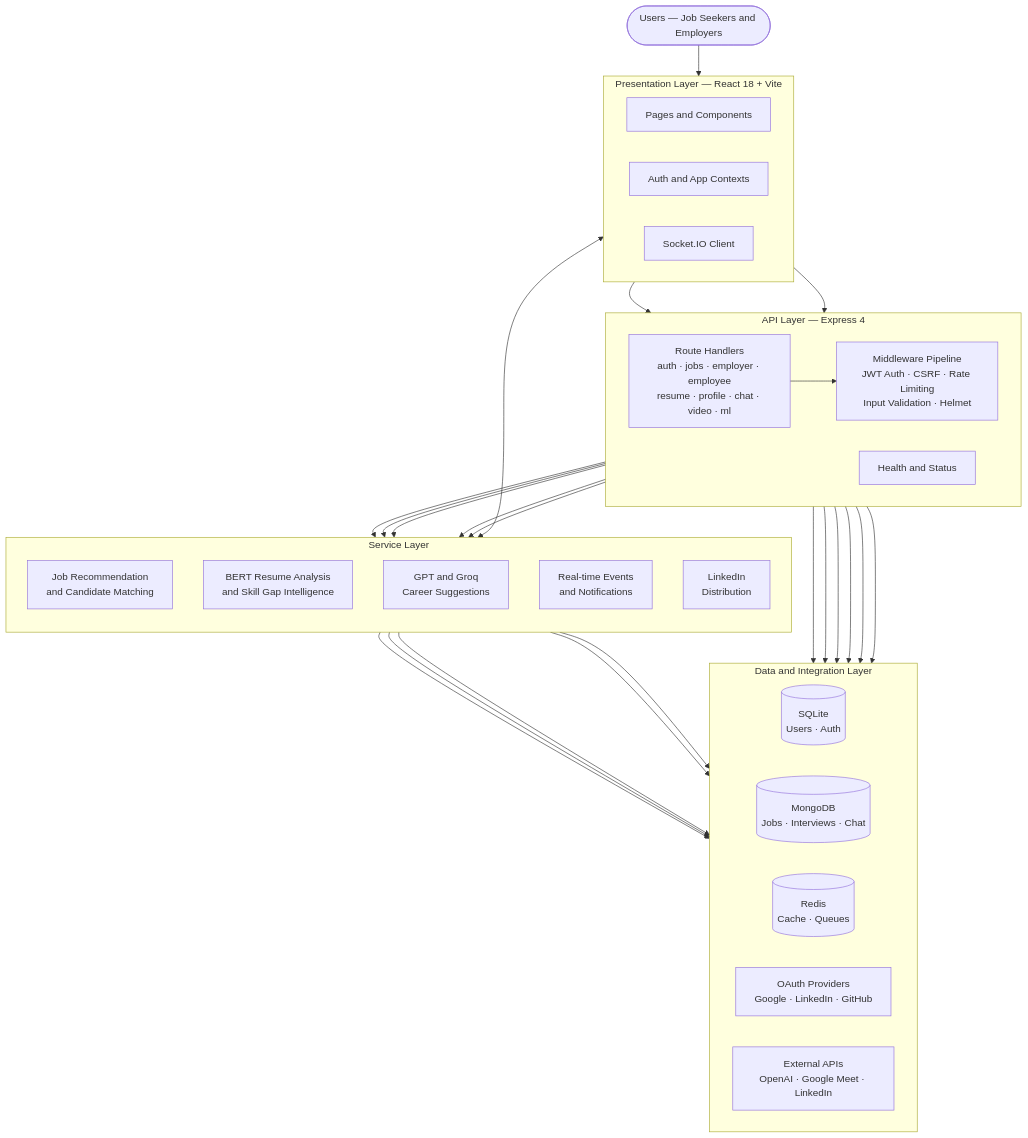
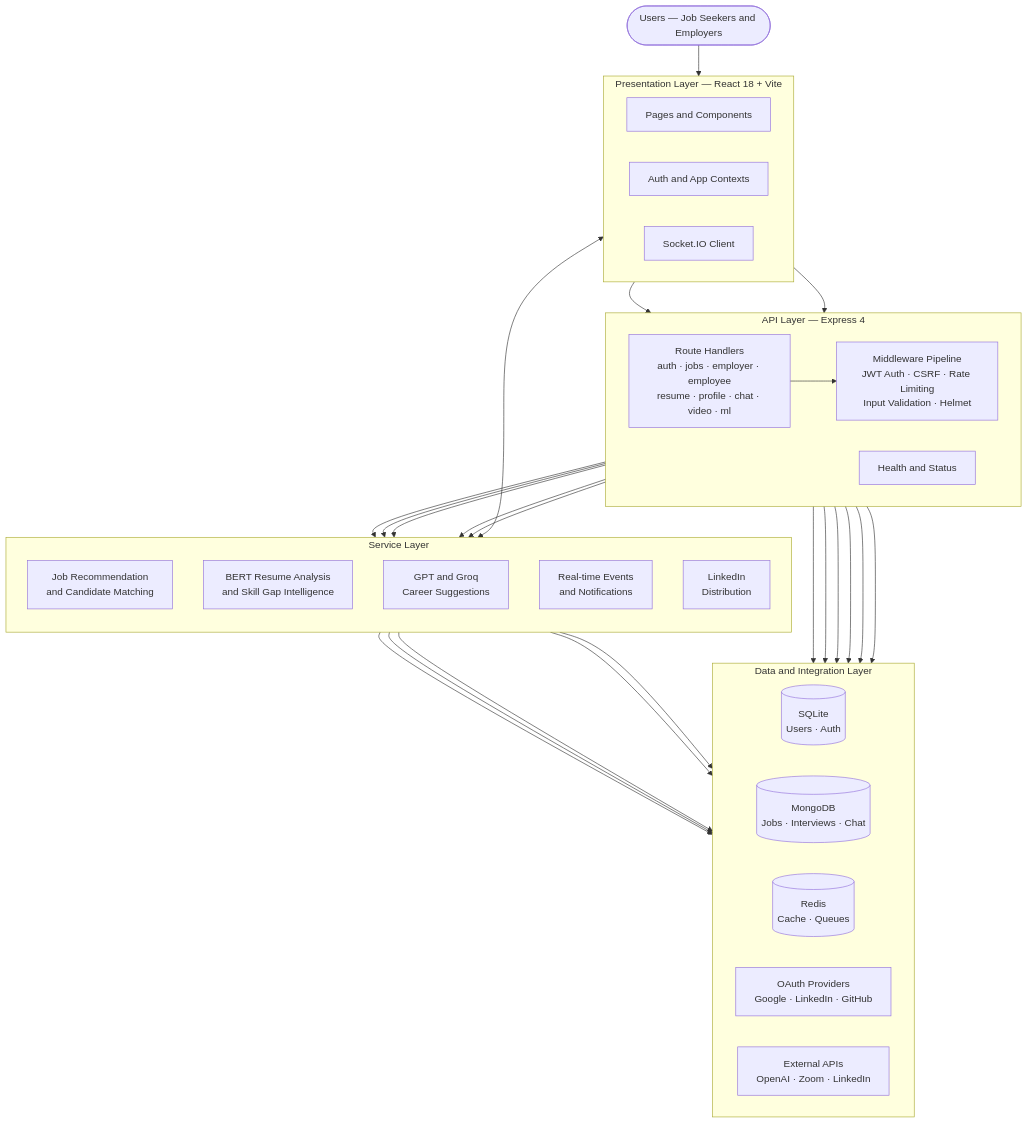
The first of 7 diagrams in README.md (BugHunterX2101/careerconnect-ai), drawn with Mermaid before and after one commit. The commit also changed other lines of this file and 5 other files, not shown here.

First line of the commit message:
feat: Migrate from Google Meet to Zoom for video interviews

````diff
--- a/README.md
+++ b/README.md
@@ -104,60 +104,60 @@
 ```mermaid
 flowchart TD
     U([Users — Job Seekers and Employers])
 
     subgraph FE[" Presentation Layer — React 18 + Vite "]
         direction LR
         SPA[Pages and Components]
         CTX[Auth and App Contexts]
         WS[Socket.IO Client]
     end
 
     subgraph API[" API Layer — Express 4 "]
         direction LR
         RT[Route Handlers\nauth · jobs · employer · employee\nresume · profile · chat · video · ml]
         MW[Middleware Pipeline\nJWT Auth · CSRF · Rate Limiting\nInput Validation · Helmet]
         HC[Health and Status]
     end
 
     subgraph SVC[" Service Layer "]
         direction TB
         REC[Job Recommendation\nand Candidate Matching]
         NLP[BERT Resume Analysis\nand Skill Gap Intelligence]
         AI[GPT and Groq\nCareer Suggestions]
         RT2[Real-time Events\nand Notifications]
         LI[LinkedIn\nDistribution]
     end
 
     subgraph DATA[" Data and Integration Layer "]
         direction LR
         SQL[(SQLite\nUsers · Auth)]
         DOC[(MongoDB\nJobs · Interviews · Chat)]
         REDIS[(Redis\nCache · Queues)]
         OAUTH[OAuth Providers\nGoogle · LinkedIn · GitHub]
-        EXT[External APIs\nOpenAI · Google Meet · LinkedIn]
+        EXT[External APIs\nOpenAI · Zoom · LinkedIn]
     end
 
     U --> SPA
     CTX --> RT
     SPA --> RT
     WS <--> RT2
 
     RT --> MW
     MW --> REC
     MW --> NLP
     MW --> AI
     MW --> RT2
     MW --> LI
     MW --> OAUTH
 
     REC --> SQL
     REC --> DOC
     NLP --> SQL
     AI --> EXT
     LI --> EXT
     RT --> DOC
     RT --> SQL
     RT --> REDIS
     HC --> SQL
     HC --> REDIS
 ```
````
